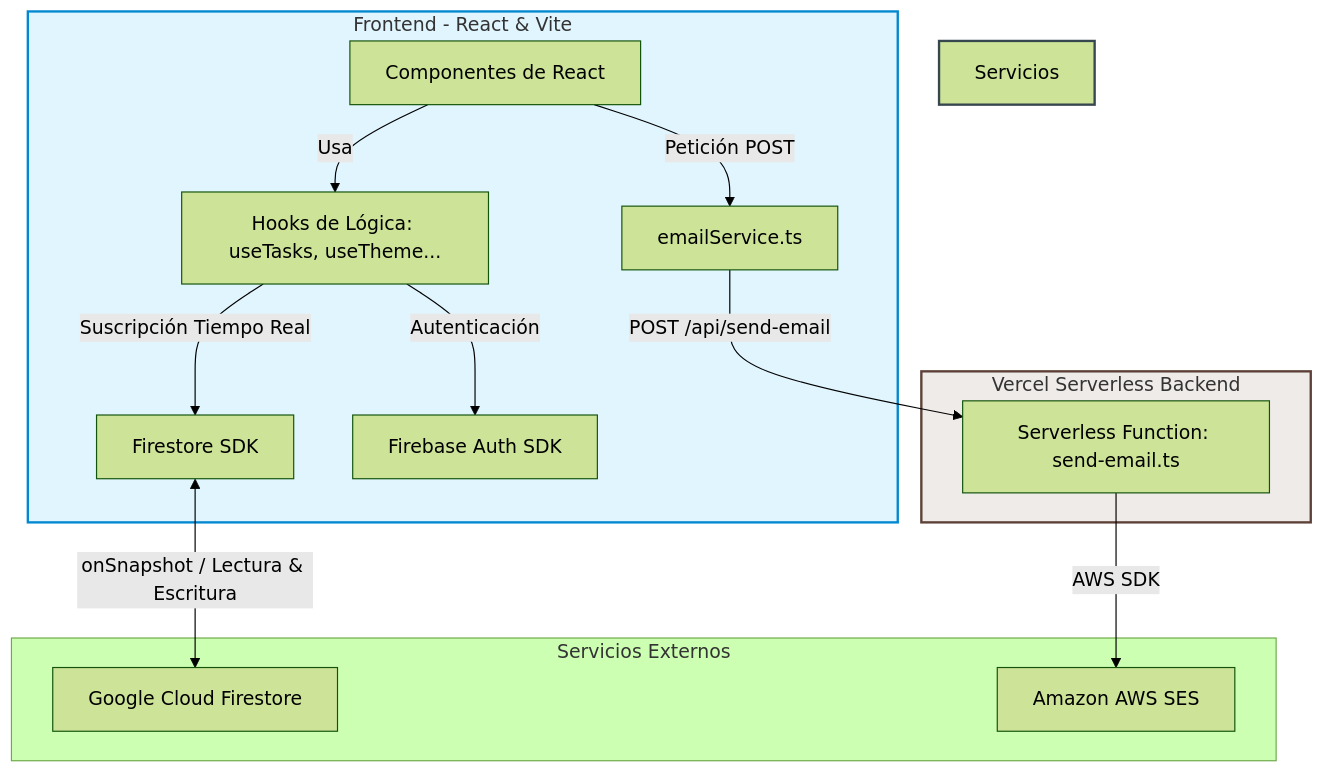
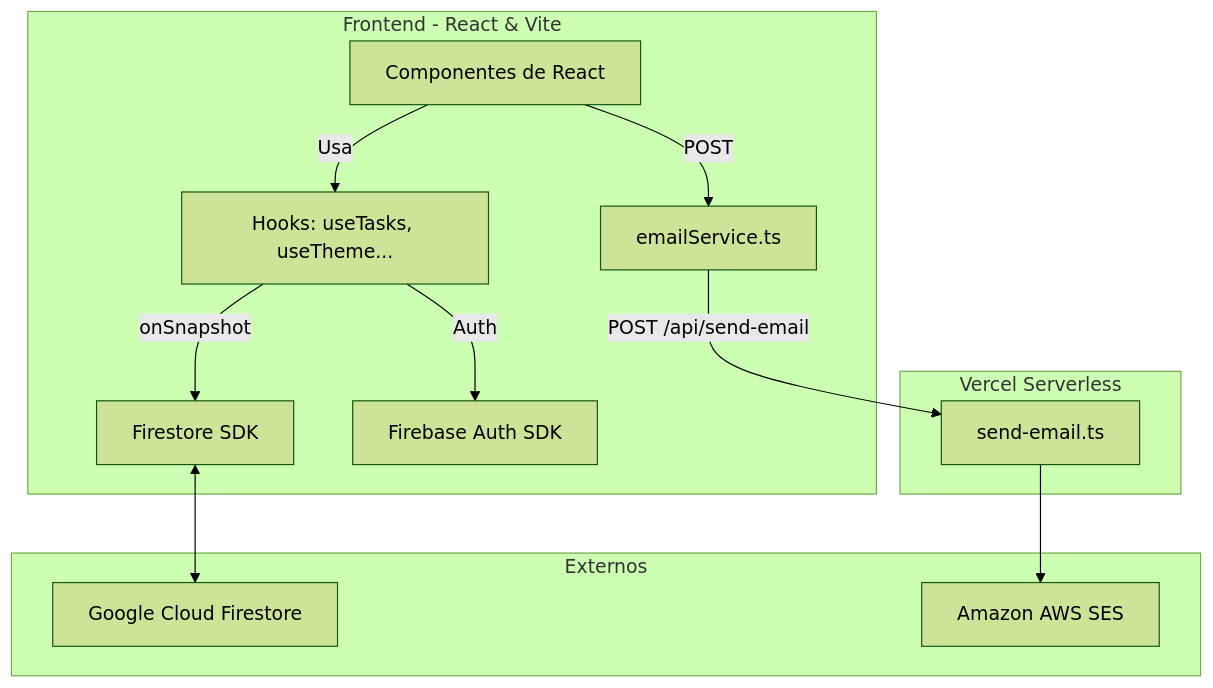
The diagram in README.md (ACPerezJulia/matecode-task-manager), drawn with Mermaid (forest theme) before and after one commit. The commit also changed other lines of this file, not shown here.

````diff
--- a/README.md
+++ b/README.md
@@ -122,22 +93,18 @@
 ```mermaid
 graph TD
     subgraph Cliente [Frontend - React & Vite]
-        UI[Componentes de React] -->|Usa| Hooks[Hooks de Lógica: useTasks, useTheme...]
-        Hooks -->|Suscripción Tiempo Real| FirestoreSDK[Firestore SDK]
-        Hooks -->|Autenticación| AuthSDK[Firebase Auth SDK]
-        UI -->|Petición POST| EmailClient[emailService.ts]
+        UI[Componentes de React] -->|Usa| Hooks[Hooks: useTasks, useTheme...]
+        Hooks -->|onSnapshot| FirestoreSDK[Firestore SDK]
+        Hooks -->|Auth| AuthSDK[Firebase Auth SDK]
+        UI -->|POST| EmailClient[emailService.ts]
     end
 
-    subgraph Servidor [Vercel Serverless Backend]
-        EmailClient -->|POST /api/send-email| SendEmailFunc[Serverless Function: send-email.ts]
+    subgraph Servidor [Vercel Serverless]
+        EmailClient -->|POST /api/send-email| SendEmailFunc[send-email.ts]
     end
 
-    subgraph Servicios Externos
-        FirestoreSDK <-->|onSnapshot / Lectura & Escritura| Firestore[Google Cloud Firestore]
-        SendEmailFunc -->|AWS SDK| SES[Amazon AWS SES]
+    subgraph Externos
+        FirestoreSDK <--> Firestore[Google Cloud Firestore]
+        SendEmailFunc --> SES[Amazon AWS SES]
     end
-
-    style Cliente fill:#e1f5fe,stroke:#0288d1,stroke-width:2px
-    style Servidor fill:#efebe9,stroke:#5d4037,stroke-width:2px
-    style Servicios Externos fill:#efebe9,stroke:#37474f,stroke-width:2px
 ```
````
